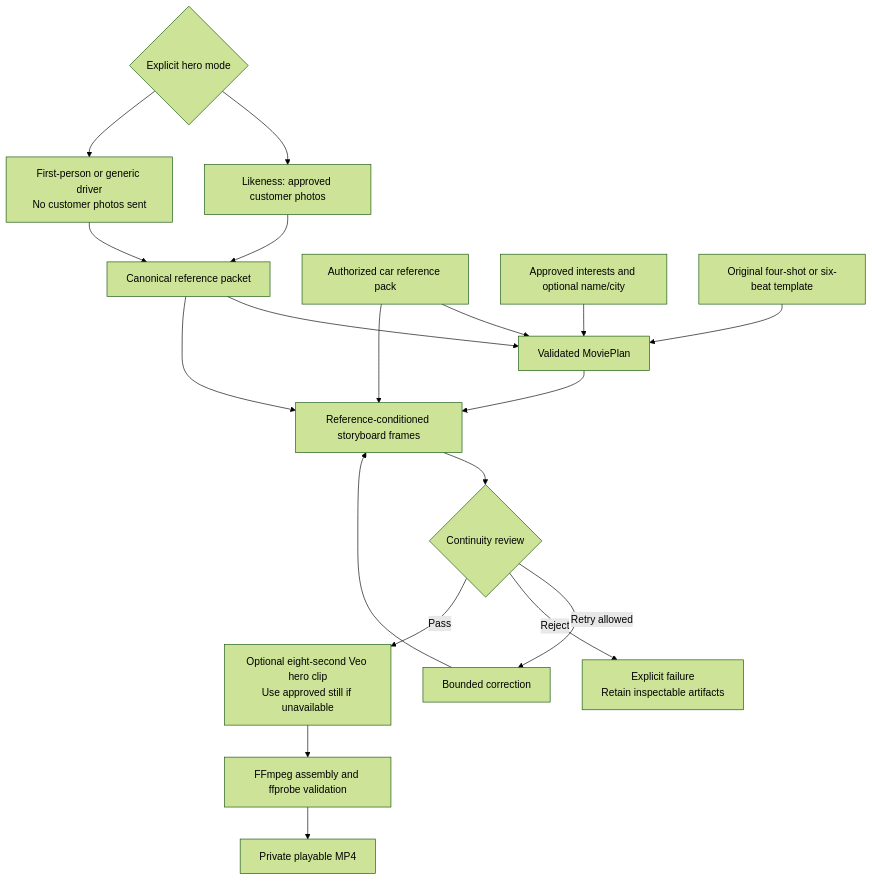
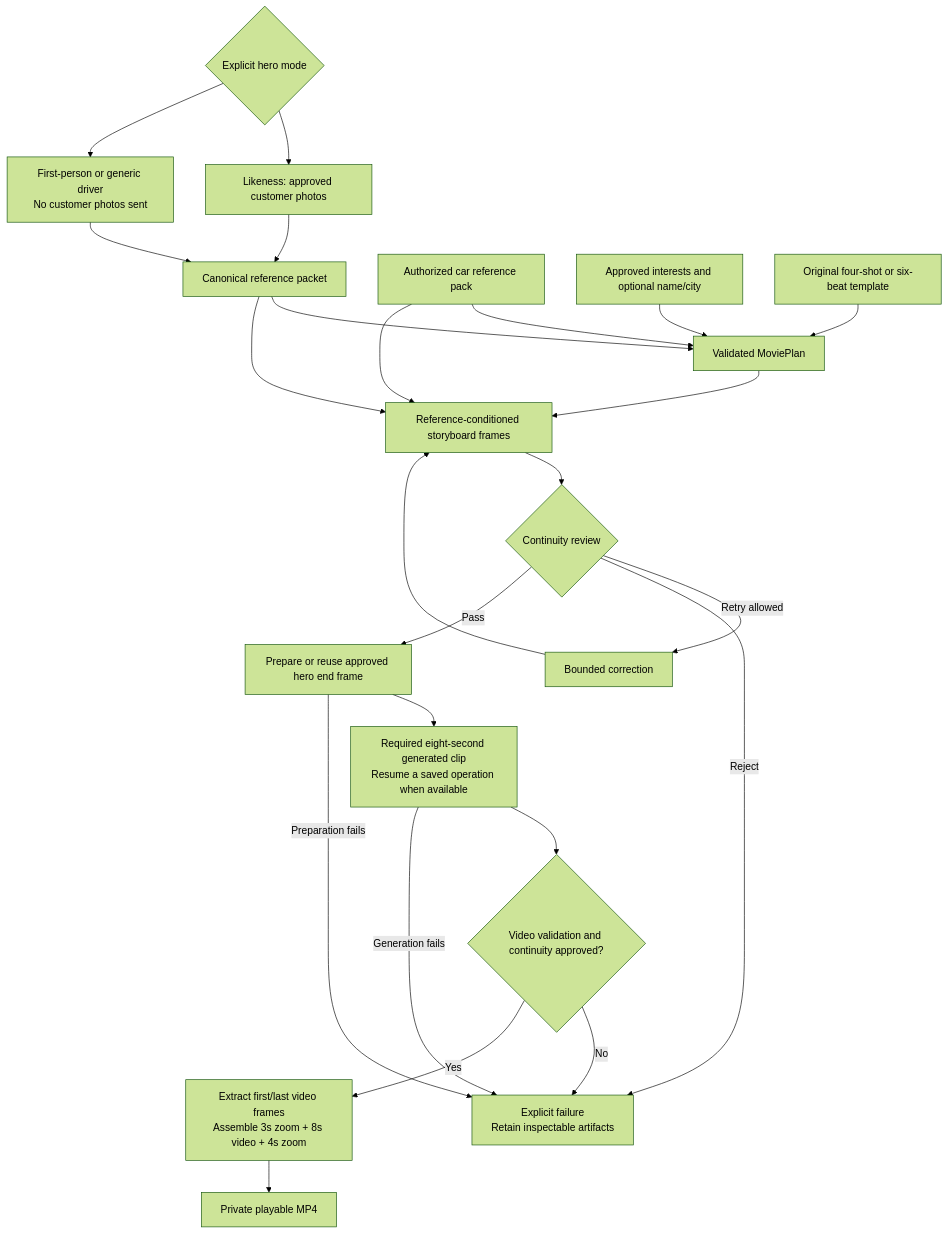
One commit to dngoins/agents-everywhere-starter-kit changed the second of 3 diagrams in MoviePart/README.md. Above: the diagram before and after it, drawn with Mermaid (forest theme). The commit also changed other lines of this file and 2 other files, not shown here.

````diff
--- a/MoviePart/README.md
+++ b/MoviePart/README.md
@@ -45,32 +45,38 @@
 ```mermaid
 flowchart TD
     Mode{"Explicit hero mode"}
     Photos["Likeness: approved customer photos"]
     Neutral["First-person or generic driver<br/>No customer photos sent"]
     Character["Canonical reference packet"]
     Car["Authorized car reference pack"]
     Profile["Approved interests and optional name/city"]
     Template["Original four-shot or six-beat template"]
     Director["Validated MoviePlan"]
     Storyboard["Reference-conditioned storyboard frames"]
     Review{"Continuity review"}
     Retry["Bounded correction"]
     Failure["Explicit failure<br/>Retain inspectable artifacts"]
-    Hero["Optional eight-second Veo hero clip<br/>Use approved still if unavailable"]
-    Render["FFmpeg assembly and ffprobe validation"]
+    Endpoint["Prepare or reuse approved hero end frame"]
+    Hero["Required eight-second generated clip<br/>Resume a saved operation when available"]
+    VideoReview{"Video validation and continuity approved?"}
+    Render["Extract first/last video frames<br/>Assemble 3s zoom + 8s video + 4s zoom"]
     Output["Private playable MP4"]
 
     Mode --> Photos --> Character
     Mode --> Neutral --> Character
     Character --> Director
     Car --> Director
     Profile --> Director
     Template --> Director
     Director --> Storyboard
     Character --> Storyboard
     Car --> Storyboard
     Storyboard --> Review
     Review -->|"Retry allowed"| Retry --> Storyboard
     Review -->|"Reject"| Failure
-    Review -->|"Pass"| Hero --> Render --> Output
+    Review -->|"Pass"| Endpoint --> Hero --> VideoReview
+    Endpoint -->|"Preparation fails"| Failure
+    Hero -->|"Generation fails"| Failure
+    VideoReview -->|"No"| Failure
+    VideoReview -->|"Yes"| Render --> Output
 ```
````
